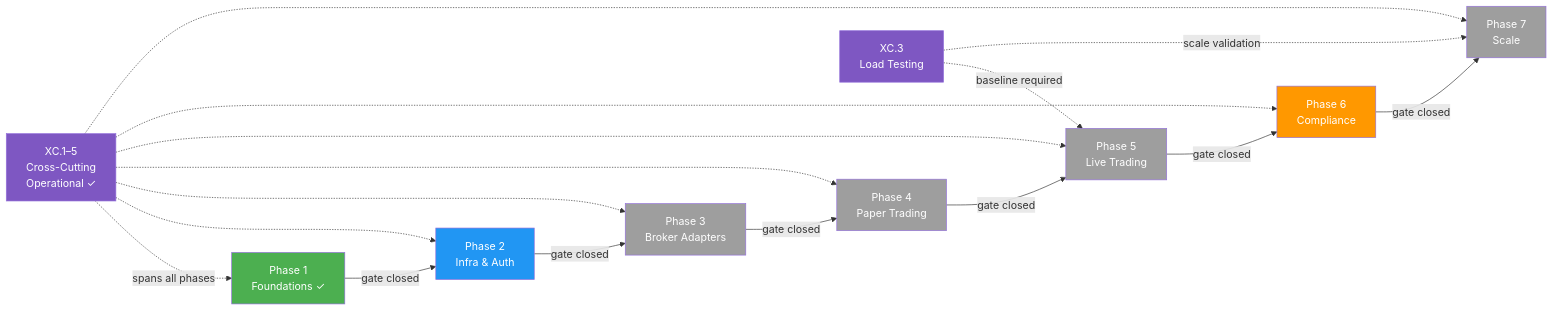
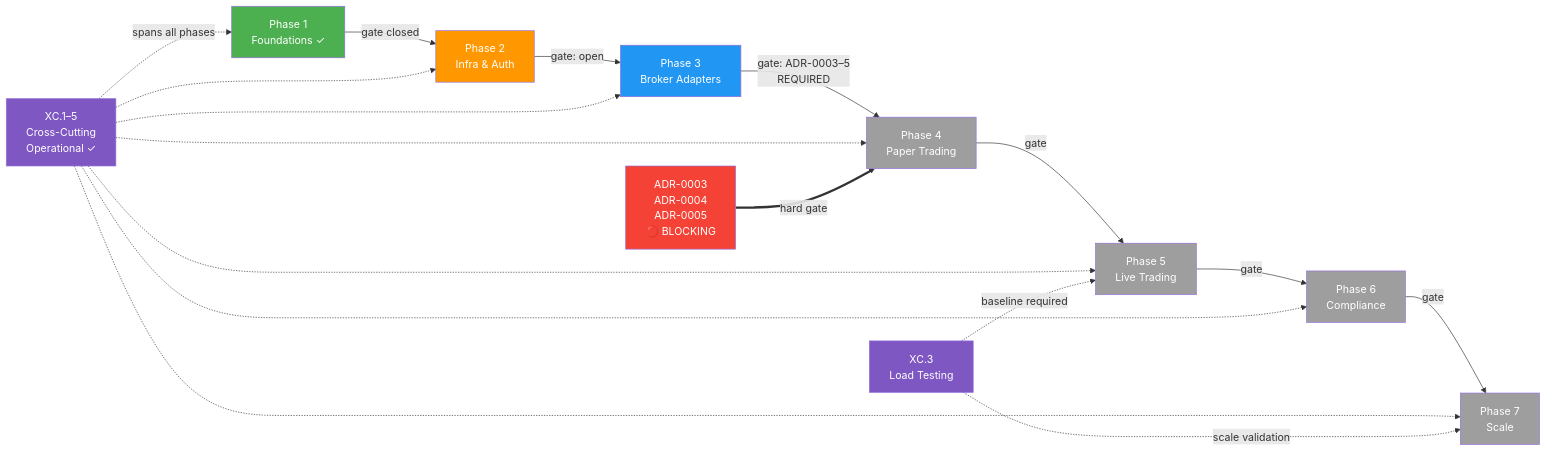
The diagram in STRATEGY.md (SevFle/nexus-trade-engine), drawn with Mermaid before and after one commit. The commit also changed other lines of this file and 3 other files, not shown here.

````diff
--- a/STRATEGY.md
+++ b/STRATEGY.md
@@ -59,30 +85,33 @@
 ```mermaid
 flowchart LR
-    P1["Phase 1<br/>Foundations ✓"] -->|gate closed| P2["Phase 2<br/>Infra & Auth"]
-    P2 -->|gate closed| P3["Phase 3<br/>Broker Adapters"]
-    P3 -->|gate closed| P4["Phase 4<br/>Paper Trading"]
-    P4 -->|gate closed| P5["Phase 5<br/>Live Trading"]
-    P5 -->|gate closed| P6["Phase 6<br/>Compliance"]
-    P6 -->|gate closed| P7["Phase 7<br/>Scale"]
+    P1["Phase 1<br/>Foundations ✓"] -->|gate closed| P2["Phase 2<br/>Infra &amp; Auth"]
+    P2 -->|gate: open| P3["Phase 3<br/>Broker Adapters"]
+    P3 -->|gate: ADR-0003–5<br/>REQUIRED| P4["Phase 4<br/>Paper Trading"]
+    P4 -->|gate| P5["Phase 5<br/>Live Trading"]
+    P5 -->|gate| P6["Phase 6<br/>Compliance"]
+    P6 -->|gate| P7["Phase 7<br/>Scale"]
 
     XC["XC.1–5<br/>Cross-Cutting<br/>Operational ✓"] -.->|spans all phases| P1
     XC -.-> P2
     XC -.-> P3
     XC -.-> P4
     XC -.-> P5
     XC -.-> P6
     XC -.-> P7
 
     LT["XC.3<br/>Load Testing"] -.->|baseline required| P5
     LT -.->|scale validation| P7
 
+    ADR["ADR-0003<br/>ADR-0004<br/>ADR-0005<br/>🔴 BLOCKING"] ==>|hard gate| P4
+
     style P1 fill:#4caf50,color:#fff
-    style P2 fill:#2196f3,color:#fff
-    style P3 fill:#9e9e9e,color:#fff
+    style P2 fill:#ff9800,color:#fff
+    style P3 fill:#2196f3,color:#fff
     style P4 fill:#9e9e9e,color:#fff
     style P5 fill:#9e9e9e,color:#fff
-    style P6 fill:#ff9800,color:#fff
+    style P6 fill:#9e9e9e,color:#fff
     style P7 fill:#9e9e9e,color:#fff
     style XC fill:#7e57c2,color:#fff
     style LT fill:#7e57c2,color:#fff
+    style ADR fill:#f44336,color:#fff
 ```
````
